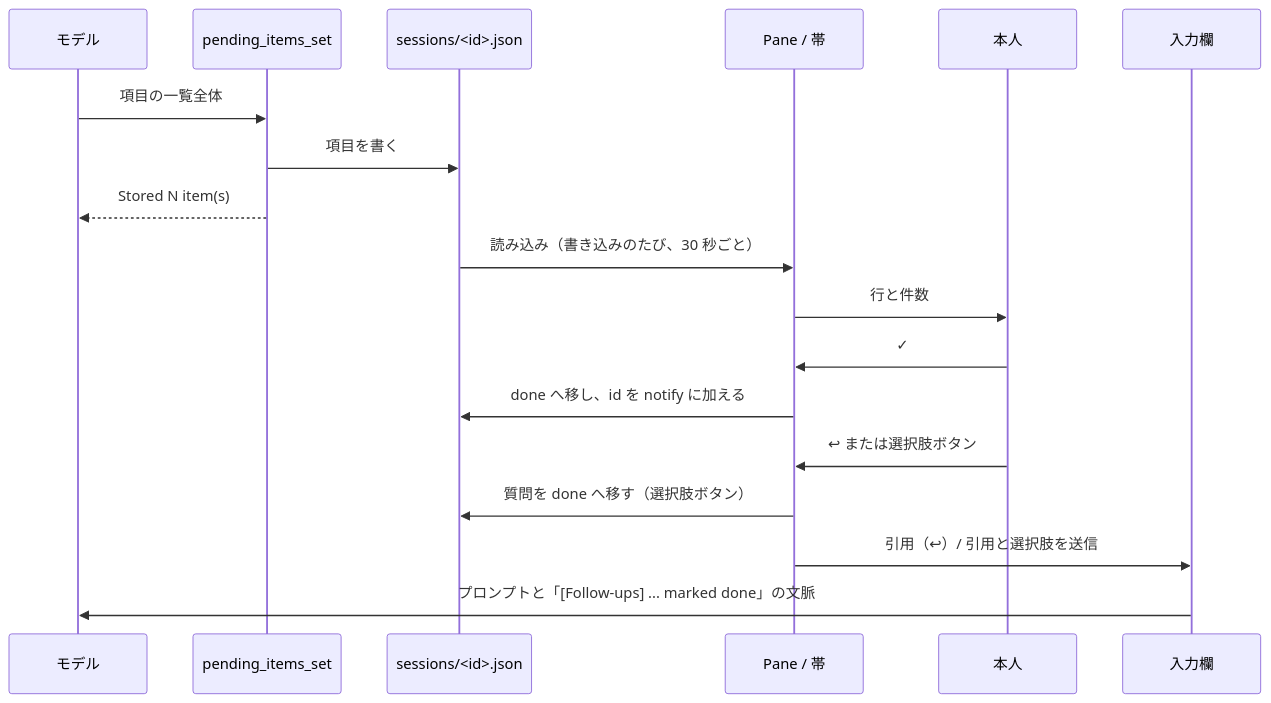
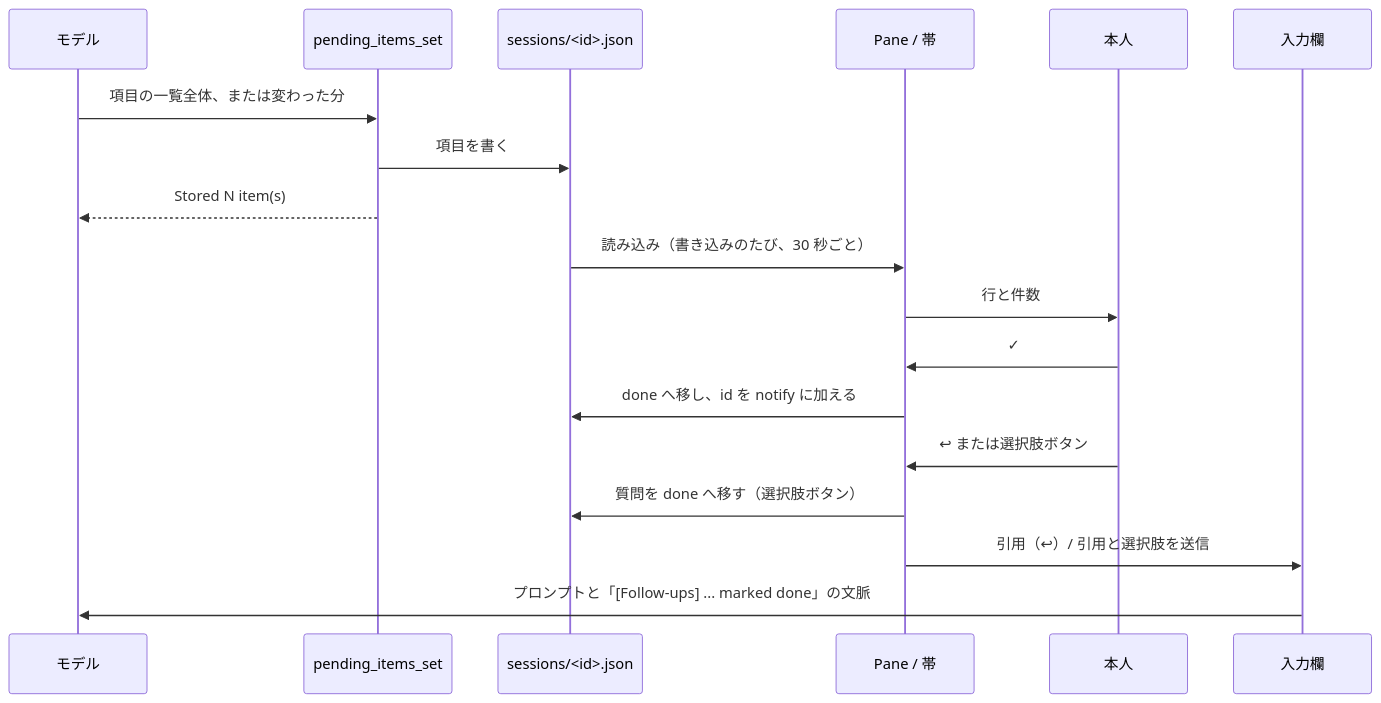
The diagram in README.ja.md (hota911/claude-follow-ups), drawn with Mermaid before and after one commit. The commit also changed other lines of this file and 2 other files, not shown here.

````diff
--- a/README.ja.md
+++ b/README.ja.md
@@ -130,20 +139,20 @@
 ```mermaid
 sequenceDiagram
     participant M as モデル
     participant T as pending_items_set
     participant F as sessions/<id>.json
     participant P as Pane / 帯
     participant U as 本人
     participant B as 入力欄
-    M->>T: 項目の一覧全体
+    M->>T: 項目の一覧全体、または変わった分
     T->>F: 項目を書く
     T-->>M: Stored N item(s)
     F->>P: 読み込み（書き込みのたび、30 秒ごと）
     P->>U: 行と件数
     U->>P: ✓
     P->>F: done へ移し、id を notify に加える
     U->>P: ↩ または選択肢ボタン
     P->>F: 質問を done へ移す（選択肢ボタン）
     P->>B: 引用（↩）/ 引用と選択肢を送信
     B->>M: プロンプトと「[Follow-ups] ... marked done」の文脈
 ```
````
